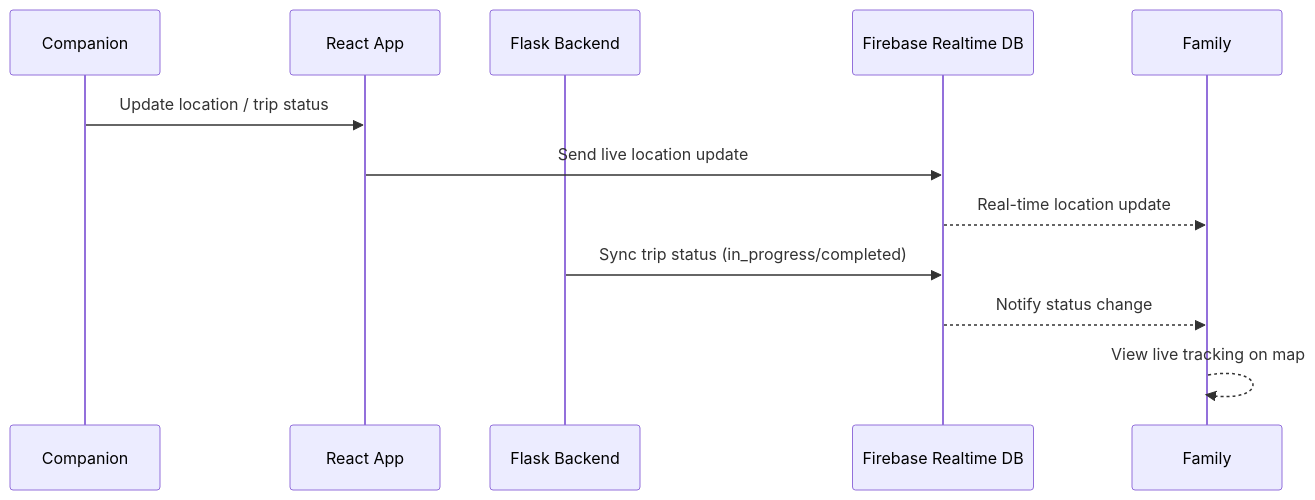
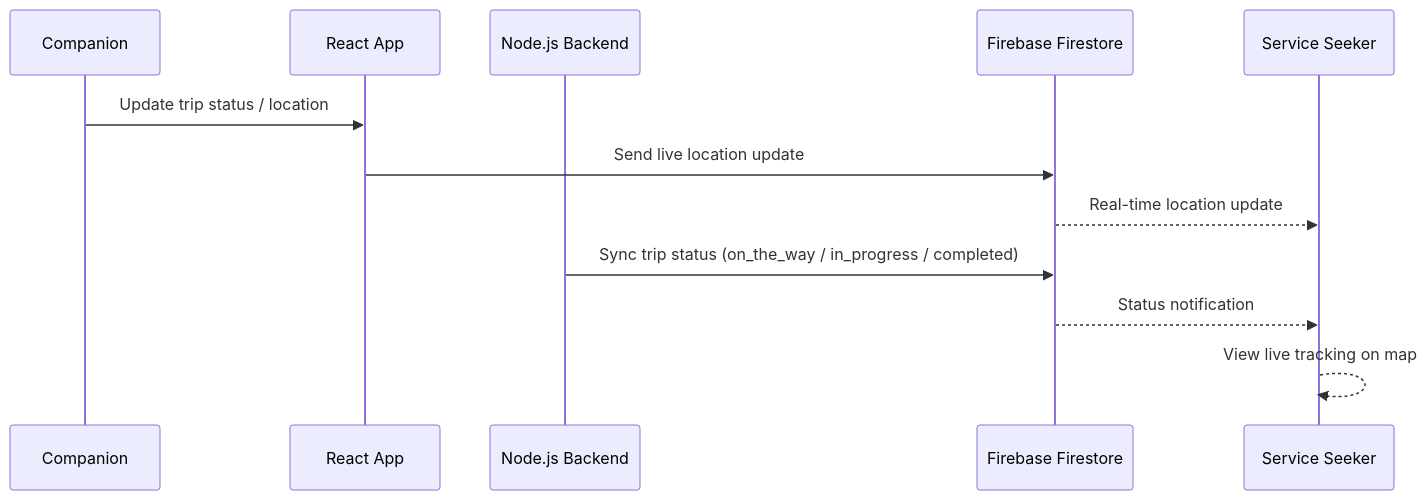
Before and after one commit to aziz5g-tech/holbertonschool-portfolio-project: the third of 3 diagrams in Stage 3/High-Level Sequence Diagrams.md, drawn with Mermaid. The commit also changed other lines of this file, not shown here.

Commit message:
Update sequence diagrams for service request use case

````diff
--- a/Stage 3/High-Level Sequence Diagrams.md
+++ b/Stage 3/High-Level Sequence Diagrams.md
@@ -63,19 +63,19 @@
 ```mermaid
 
     sequenceDiagram
     participant Companion
     participant Frontend as React App
-    participant API as Flask Backend
-    participant FirebaseDB as Firebase Realtime DB
-    participant Family
+    participant API as Node.js Backend
+    participant FirebaseDB as Firebase Firestore
+    participant Family as Service Seeker
 
-    Companion->>Frontend: Update location / trip status
+    Companion->>Frontend: Update trip status / location
     Frontend->>FirebaseDB: Send live location update
 
     FirebaseDB-->>Family: Real-time location update
 
-    API->>FirebaseDB: Sync trip status (in_progress/completed)
-    FirebaseDB-->>Family: Notify status change
+    API->>FirebaseDB: Sync trip status (on_the_way / in_progress / completed)
+    FirebaseDB-->>Family: Status notification
 
     Family-->>Family: View live tracking on map
 ```
````
